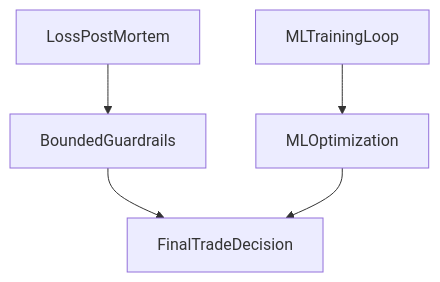
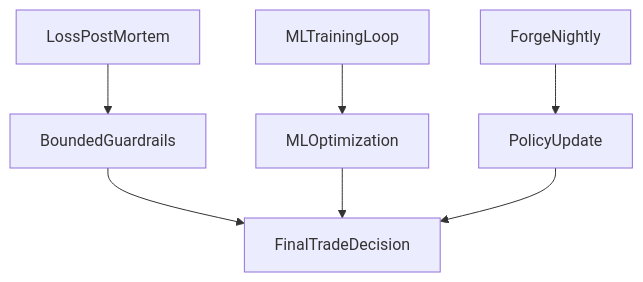
The diagram in README.md (eliza420ai-beep/vince), drawn with Mermaid before and after one commit. The commit also changed other lines of this file and 1245 other files, not shown here.

First line of the commit message:
docs: add Forge to README — what, why, three-loop architecture

````diff
--- a/README.md
+++ b/README.md
@@ -368,7 +431,9 @@
 ```mermaid
 flowchart TD
   pmLoss[LossPostMortem] --> guardrails[BoundedGuardrails]
   mlTrain[MLTrainingLoop] --> optimize[MLOptimization]
+  forgeNightly[ForgeNightly] --> policyUpdate[PolicyUpdate]
   guardrails --> tradeDecision[FinalTradeDecision]
   optimize --> tradeDecision
+  policyUpdate --> tradeDecision
 ```
````
